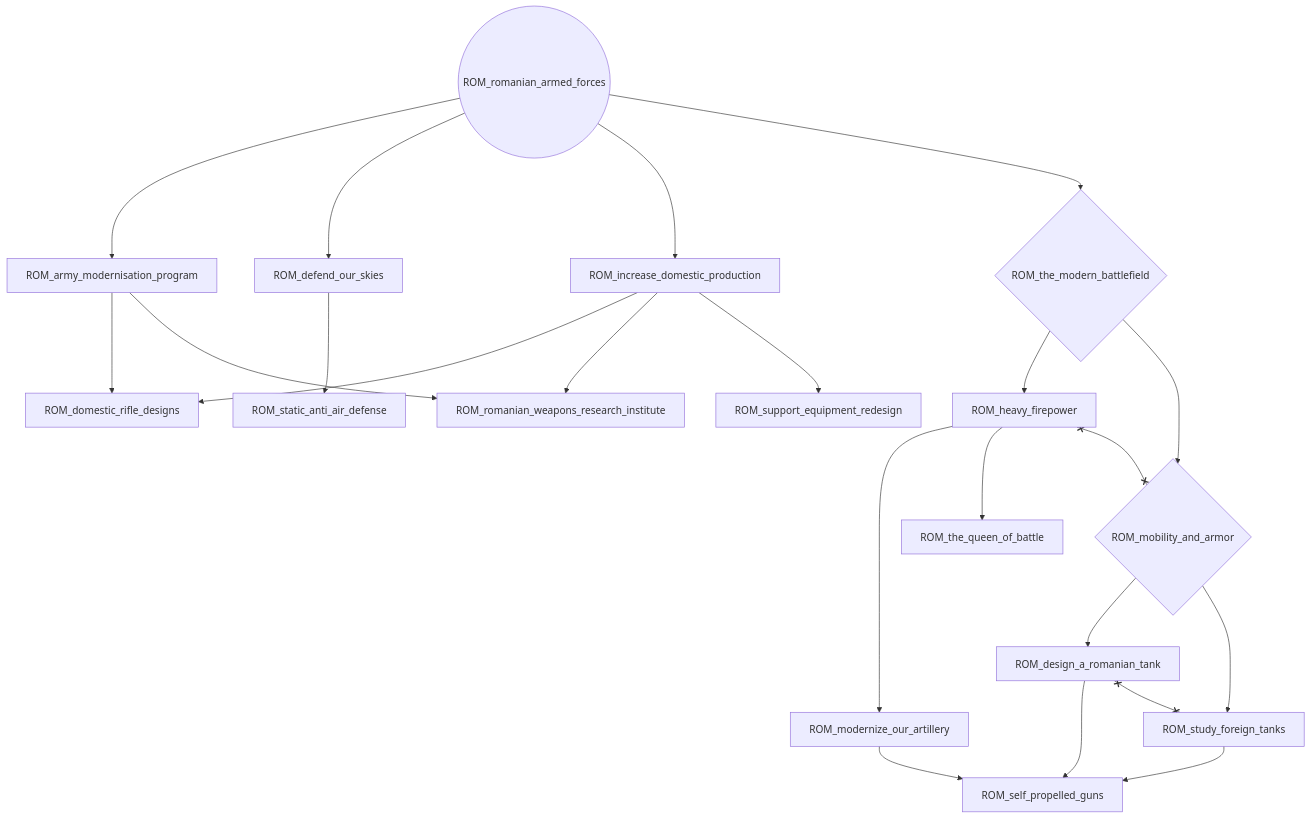
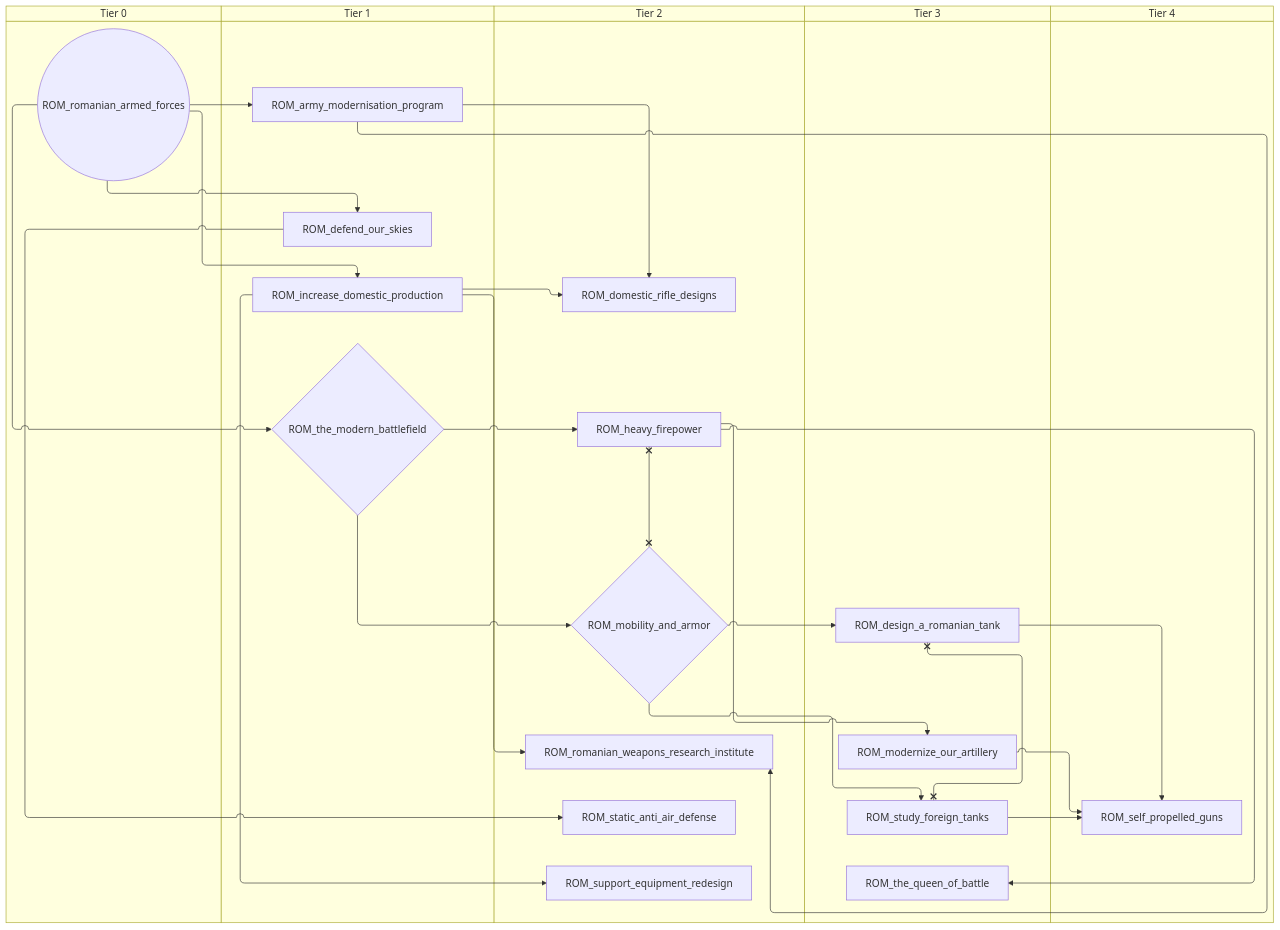
Before and after one commit to evgeny-sobol/hoi4-sandbox-mode-r56: the third of 5 diagrams in docs/gdd/National Focuses/romania.md, drawn with Mermaid. The commit also changed other lines of this file and 423 other files, not shown here.

First line of the commit message:
Re-export Rt56 focus trees as swimlane diagrams

````diff
--- a/docs/gdd/National Focuses/romania.md
+++ b/docs/gdd/National Focuses/romania.md
@@ -405,40 +455,50 @@
 ```mermaid
-flowchart TD
-    n172["ROM_army_modernisation_program"]
-    n173["ROM_defend_our_skies"]
-    n174["ROM_design_a_romanian_tank"]
-    n175["ROM_domestic_rifle_designs"]
-    n176["ROM_heavy_firepower"]
-    n177["ROM_increase_domestic_production"]
-    n178{"ROM_mobility_and_armor"}
-    n179["ROM_modernize_our_artillery"]
-    n180(("ROM_romanian_armed_forces"))
-    n181["ROM_romanian_weapons_research_institute"]
-    n182["ROM_self_propelled_guns"]
-    n183["ROM_static_anti_air_defense"]
-    n184["ROM_study_foreign_tanks"]
-    n185["ROM_support_equipment_redesign"]
-    n186{"ROM_the_modern_battlefield"}
-    n187["ROM_the_queen_of_battle"]
-    n180 --> n172
-    n180 --> n173
-    n178 --> n174
-    n177 --> n175
+swimlane-beta TD
+    subgraph tier_0["Tier 0"]
+        n172(("ROM_romanian_armed_forces"))
+    end
+    subgraph tier_1["Tier 1"]
+        n173["ROM_army_modernisation_program"]
+        n174["ROM_defend_our_skies"]
+        n175["ROM_increase_domestic_production"]
+        n176{"ROM_the_modern_battlefield"}
+    end
+    subgraph tier_2["Tier 2"]
+        n177["ROM_domestic_rifle_designs"]
+        n178["ROM_heavy_firepower"]
+        n179{"ROM_mobility_and_armor"}
+        n180["ROM_romanian_weapons_research_institute"]
+        n181["ROM_static_anti_air_defense"]
+        n182["ROM_support_equipment_redesign"]
+    end
+    subgraph tier_3["Tier 3"]
+        n183["ROM_design_a_romanian_tank"]
+        n184["ROM_modernize_our_artillery"]
+        n185["ROM_study_foreign_tanks"]
+        n186["ROM_the_queen_of_battle"]
+    end
+    subgraph tier_4["Tier 4"]
+        n187["ROM_self_propelled_guns"]
+    end
+    n172 --> n173
+    n172 --> n174
+    n179 --> n183
+    n175 --> n177
+    n173 --> n177
+    n176 --> n178
     n172 --> n175
-    n186 --> n176
-    n180 --> n177
-    n186 --> n178
     n176 --> n179
-    n177 --> n181
-    n172 --> n181
-    n179 --> n182
-    n174 --> n182
-    n184 --> n182
-    n173 --> n183
     n178 --> n184
-    n177 --> n185
-    n180 --> n186
-    n176 --> n187
-    n174 x--x n184
-    n176 x--x n178
+    n175 --> n180
+    n173 --> n180
+    n184 --> n187
+    n183 --> n187
+    n185 --> n187
+    n174 --> n181
+    n179 --> n185
+    n175 --> n182
+    n172 --> n176
+    n178 --> n186
+    n183 x--x n185
+    n178 x--x n179
 ```
````
